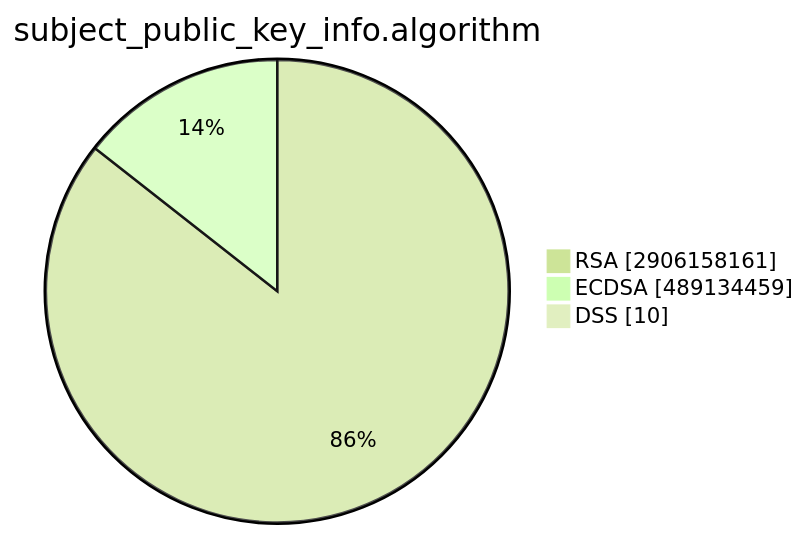
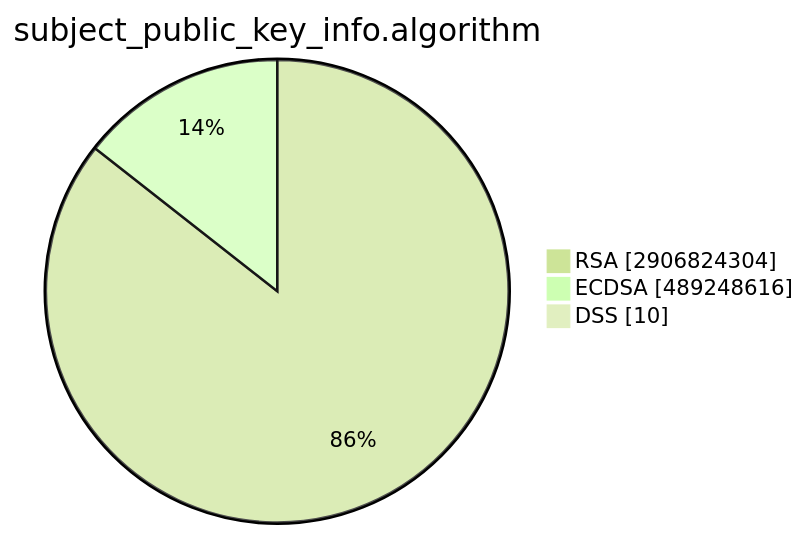
Before and after one commit to christiankrug/ctmonitor_visualization: the second of 15 diagrams in TOTAL/README.md, drawn with Mermaid (forest theme). The commit also changed other lines of this file, not shown here.

````diff
--- a/TOTAL/README.md
+++ b/TOTAL/README.md
@@ -6,7 +6,7 @@
 ```mermaid
 pie showData
 title subject_public_key_info.algorithm
-"RSA" :2906158161
-"ECDSA" :489134459
+"RSA" :2906824304
+"ECDSA" :489248616
 "DSS" :10
 ```
````
